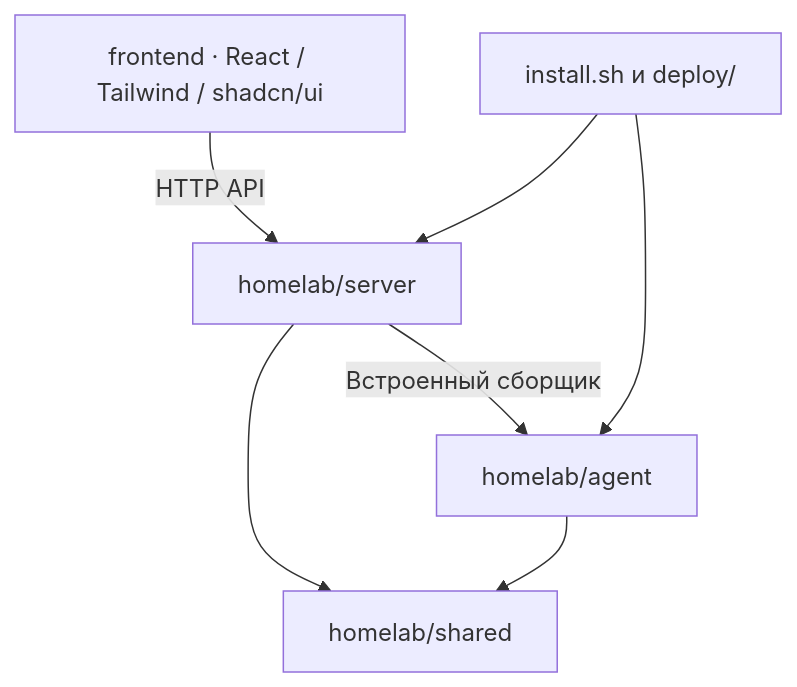
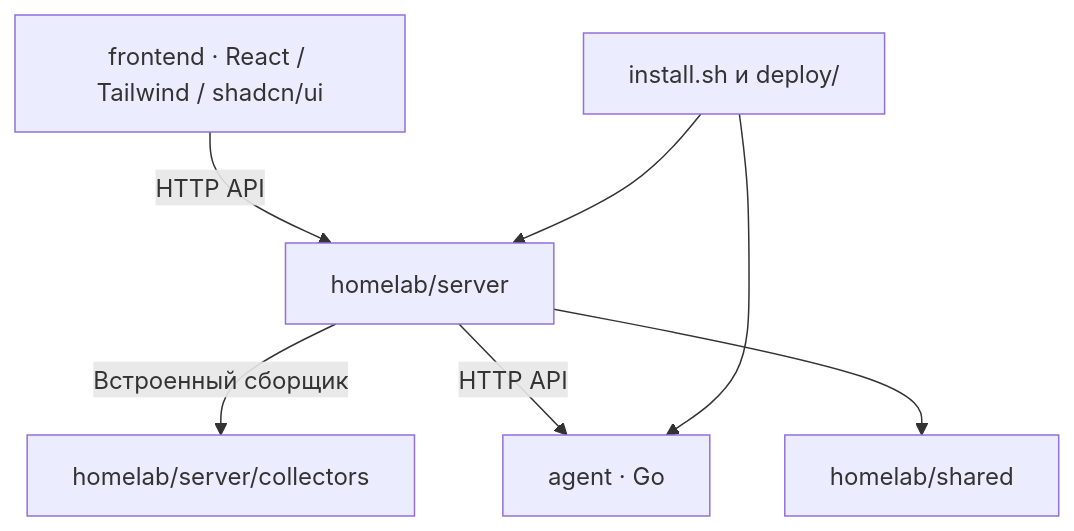
The third of 3 diagrams in docs/architecture.md (nikitakiselev/homelab-dashboard), drawn with Mermaid before and after one commit. The commit also changed other lines of this file and 46 other files, not shown here.

````diff
--- a/docs/architecture.md
+++ b/docs/architecture.md
@@ -54,9 +54,9 @@
 ```mermaid
 flowchart TD
     UI["frontend · React / Tailwind / shadcn/ui"] -->|"HTTP API"| Server["homelab/server"]
-    Server -->|"Встроенный сборщик"| Agent["homelab/agent"]
+    Server -->|"Встроенный сборщик"| Builtin["homelab/server/collectors"]
+    Server -->|"HTTP API"| Agent["agent · Go"]
     Server --> Shared["homelab/shared"]
-    Agent --> Shared
     Deploy["install.sh и deploy/"] --> Server
     Deploy --> Agent
 ```
````
